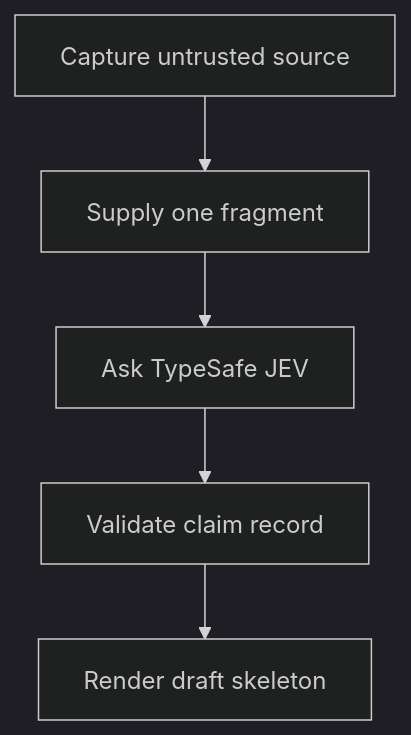
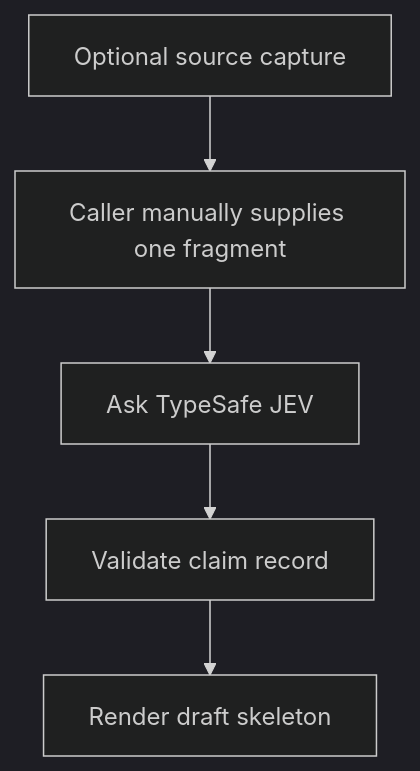
One commit to Pukujan/jev-classifier changed the diagram in README.md. Above: the diagram before and after it, drawn with Mermaid (dark theme). The commit also changed other lines of this file and 1 other file, not shown here.

````diff
--- a/README.md
+++ b/README.md
@@ -33,7 +33,7 @@
 ```mermaid
 graph TD
-A[Capture untrusted source] --> B[Supply one fragment]
+A[Optional source capture] --> B[Caller manually supplies one fragment]
 B --> C[Ask TypeSafe JEV]
 C --> D[Validate claim record]
 D --> E[Render draft skeleton]
 ```
````
